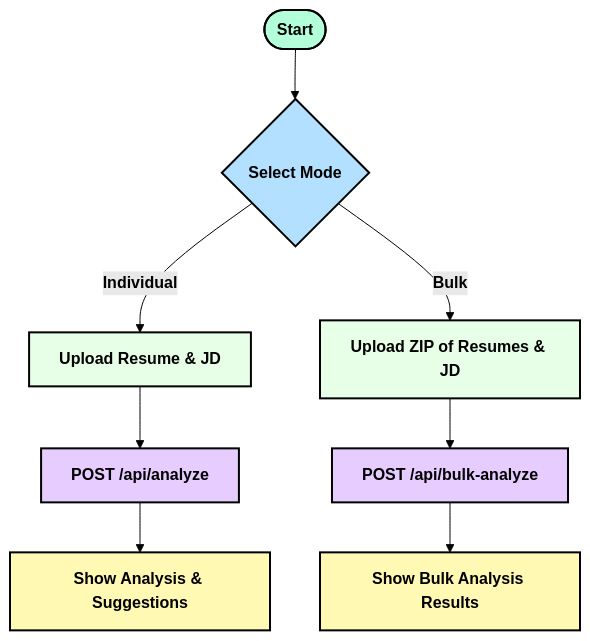
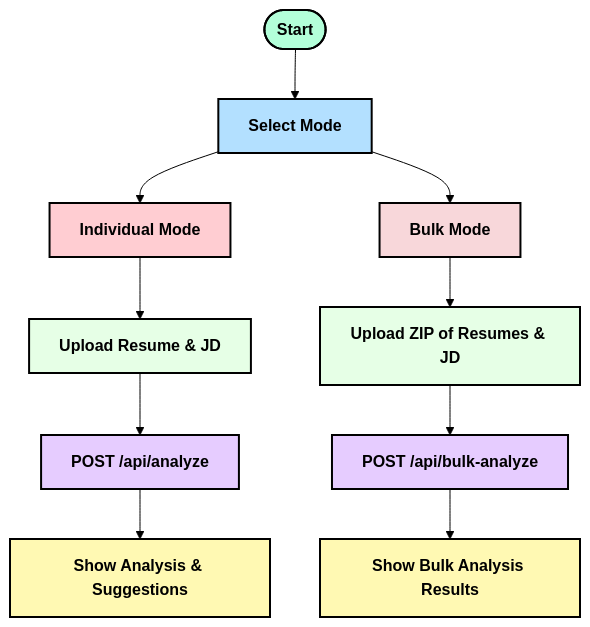
The second of 3 diagrams in README.md (Rishi-gupta-data/SmartScreen), drawn with Mermaid (forest theme) before and after one commit.

````diff
--- a/README.md
+++ b/README.md
@@ -30,16 +30,30 @@
 ```mermaid
 flowchart TD
-  Start(["<b>Start</b>"]):::start --> Mode{"<b>Select Mode</b>"}:::mode
-  Mode -- "<b>Individual</b>" --> IndUpload["<b>Upload Resume & JD</b>"]:::upload
-  IndUpload --> IndAPI["<b>POST /api/analyze</b>"]:::api
-  IndAPI --> IndResult["<b>Show Analysis & Suggestions</b>"]:::result
-  Mode -- "<b>Bulk</b>" --> BulkUpload["<b>Upload ZIP of Resumes & JD</b>"]:::upload
-  BulkUpload --> BulkAPI["<b>POST /api/bulk-analyze</b>"]:::api
-  BulkAPI --> BulkResult["<b>Show Bulk Analysis Results</b>"]:::result
+    Start(["<b>Start</b>"]) --> Mode["<b>Select Mode</b>"]
+    Mode --> IndBox["<b>Individual Mode</b>"] & BulkBox["<b>Bulk Mode</b>"]
+    IndBox --> IndUpload["<b>Upload Resume &amp; JD</b>"]
+    IndUpload --> IndAPI["<b>POST /api/analyze</b>"]
+    IndAPI --> IndResult["<b>Show Analysis &amp; Suggestions</b>"]
+    BulkBox --> BulkUpload["<b>Upload ZIP of Resumes &amp; JD</b>"]
+    BulkUpload --> BulkAPI["<b>POST /api/bulk-analyze</b>"]
+    BulkAPI --> BulkResult["<b>Show Bulk Analysis Results</b>"]
 
-  classDef start fill:#b3ffd9,stroke:#000,stroke-width:2px,color:#000;
-  classDef mode fill:#b3e0ff,stroke:#000,stroke-width:2px,color:#000;
-  classDef upload fill:#e6ffe6,stroke:#000,stroke-width:2px,color:#000;
-  classDef api fill:#e6ccff,stroke:#000,stroke-width:2px,color:#000;
-  classDef result fill:#fff9b3,stroke:#000,stroke-width:2px,color:#000;
+     Start:::start
+     Mode:::mode
+     IndBox:::indmode
+     IndUpload:::upload
+     IndAPI:::api
+     IndResult:::result
+     BulkBox:::bulkmode
+     BulkUpload:::upload
+     BulkAPI:::api
+     BulkResult:::result
+    classDef start fill:#b3ffd9,stroke:#000,stroke-width:2px,color:#000
+    classDef mode fill:#b3e0ff,stroke:#000,stroke-width:2px,color:#000
+    classDef indmode fill:#d1e7dd,stroke:#000,stroke-width:2px,color:#000
+    classDef bulkmode fill:#f8d7da,stroke:#000,stroke-width:2px,color:#000
+    classDef upload fill:#e6ffe6,stroke:#000,stroke-width:2px,color:#000
+    classDef api fill:#e6ccff,stroke:#000,stroke-width:2px,color:#000
+    classDef result fill:#fff9b3,stroke:#000,stroke-width:2px,color:#000
+    style IndBox fill:#FFCDD2
 ```
````
